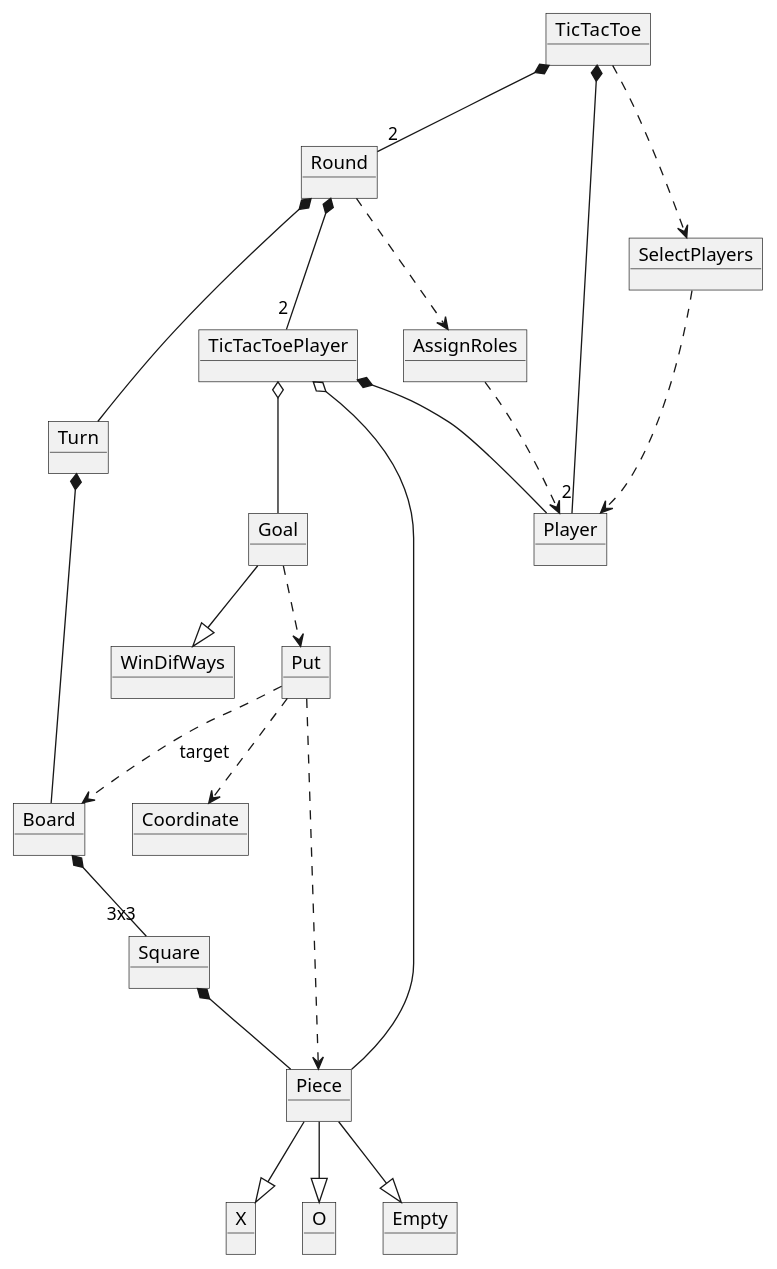
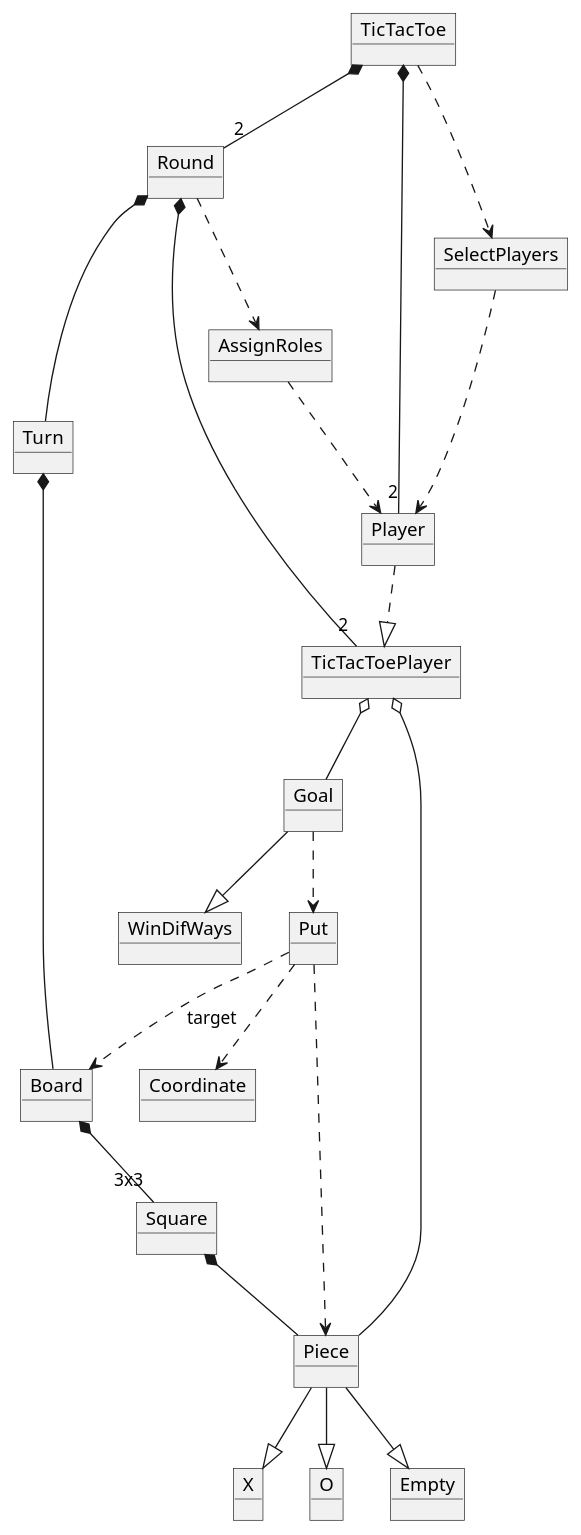
One commit to jesus-a-barrera/ExcerciseGames-ItFundamentals changed the diagram in docs/DomainDiagramTicTacToe.wsd. Above: the diagram before and after it, drawn with PlantUML. The commit also changed 2 other files, not shown here.

```diff
--- a/docs/DomainDiagramTicTacToe.wsd
+++ b/docs/DomainDiagramTicTacToe.wsd
@@ -1,53 +1,53 @@
 @startuml vocabularyTicTacToe
 
 object TicTacToe
 object Round
 object Turn
 object Player
 object Goal 
 object Board
 object WinDifWays
 object Put
 Object Coordinate
 Object Square
 object Piece
 object X
 object O
 object Empty
 object TicTacToePlayer
 object SelectPlayers
 object AssignRoles
 
 TicTacToe *--"2" Player
 TicTacToe *--"2" Round
 
 Round *-- Turn
 Round *--"2" TicTacToePlayer
 
-TicTacToePlayer *-- Player
+Player ..|> TicTacToePlayer
 TicTacToePlayer o-- Piece
 TicTacToePlayer o-- Goal
 Goal --|> WinDifWays
 Goal ..> Put
 Put ..> Board:target
 Put ..> Coordinate
 Put ..> Piece
 
 Board *--"3x3" Square
 Square *-- Piece  
 
 
 Turn *-- Board
 
 Piece --|> X
 Piece --|> O
 Piece --|> Empty
 
 TicTacToe ..> SelectPlayers
 SelectPlayers ..> Player
 Round ..> AssignRoles
 AssignRoles..> Player
 
 
 
 @enduml
```
